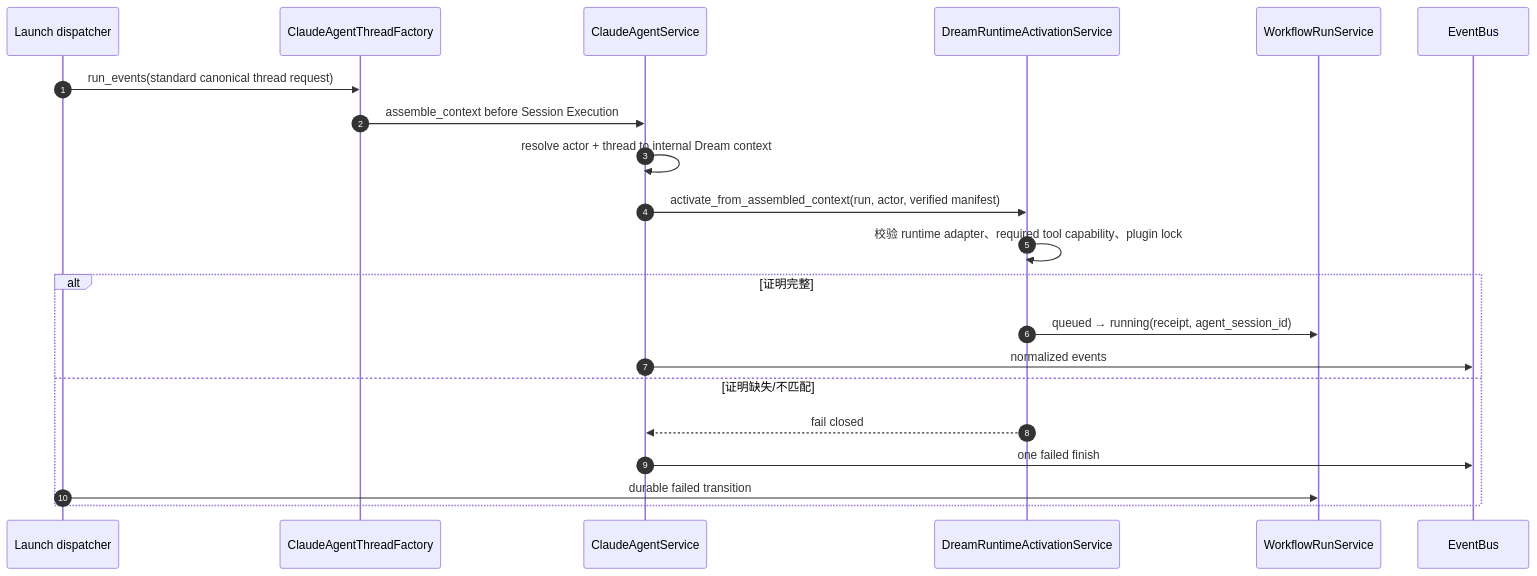
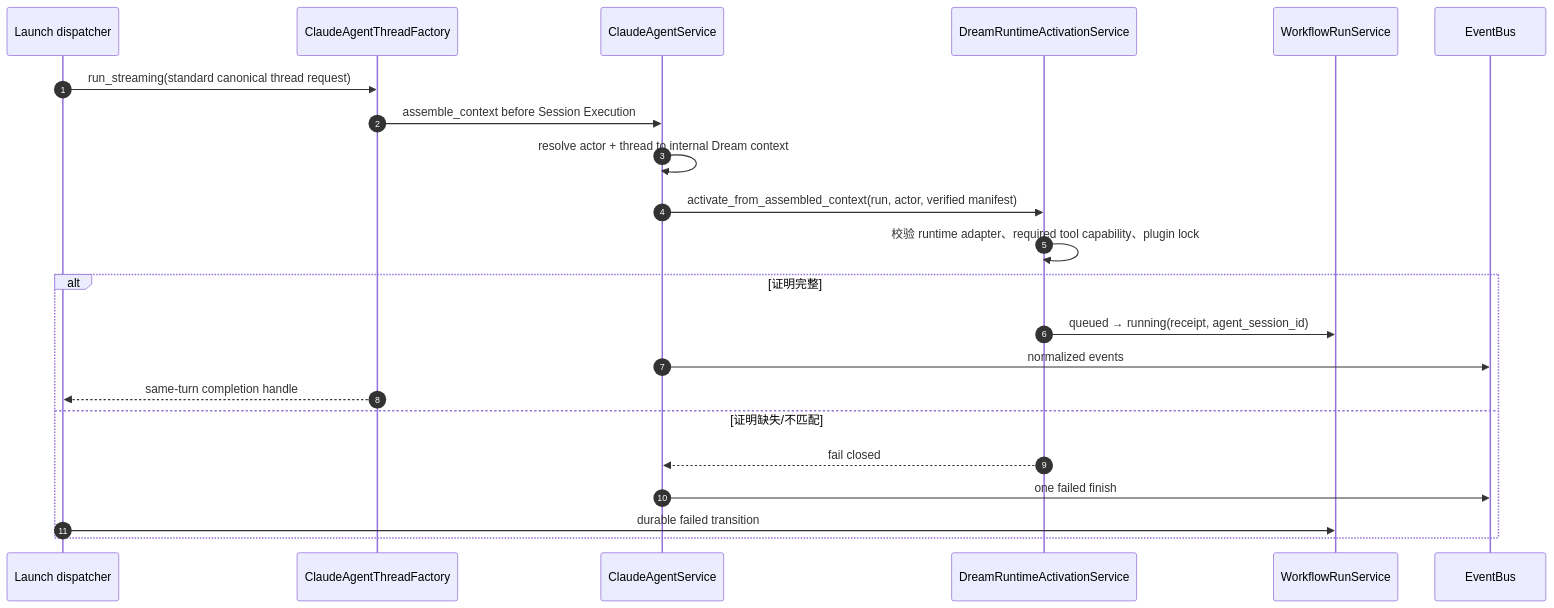
The fourth of 22 diagrams in docs/design/dream-agent/business-interaction-design.md (glide-the/im-dream), drawn with Mermaid before and after one commit. The commit also changed other lines of this file and 43 other files, not shown here.

````diff
--- a/docs/design/dream-agent/business-interaction-design.md
+++ b/docs/design/dream-agent/business-interaction-design.md
@@ -193,24 +195,25 @@
 ```mermaid
 sequenceDiagram
     autonumber
     participant Dispatcher as Launch dispatcher
     participant Factory as ClaudeAgentThreadFactory
     participant Service as ClaudeAgentService
     participant Activation as DreamRuntimeActivationService
     participant WF as WorkflowRunService
     participant Bus as EventBus
 
-    Dispatcher->>Factory: run_events(standard canonical thread request)
+    Dispatcher->>Factory: run_streaming(standard canonical thread request)
     Factory->>Service: assemble_context before Session Execution
     Service->>Service: resolve actor + thread to internal Dream context
     Service->>Activation: activate_from_assembled_context(run, actor, verified manifest)
     Activation->>Activation: 校验 runtime adapter、required tool capability、plugin lock
     alt 证明完整
         Activation->>WF: queued → running(receipt, agent_session_id)
         Service->>Bus: normalized events
+        Factory-->>Dispatcher: same-turn completion handle
     else 证明缺失/不匹配
         Activation-->>Service: fail closed
         Service->>Bus: one failed finish
         Dispatcher->>WF: durable failed transition
     end
 ```
````
